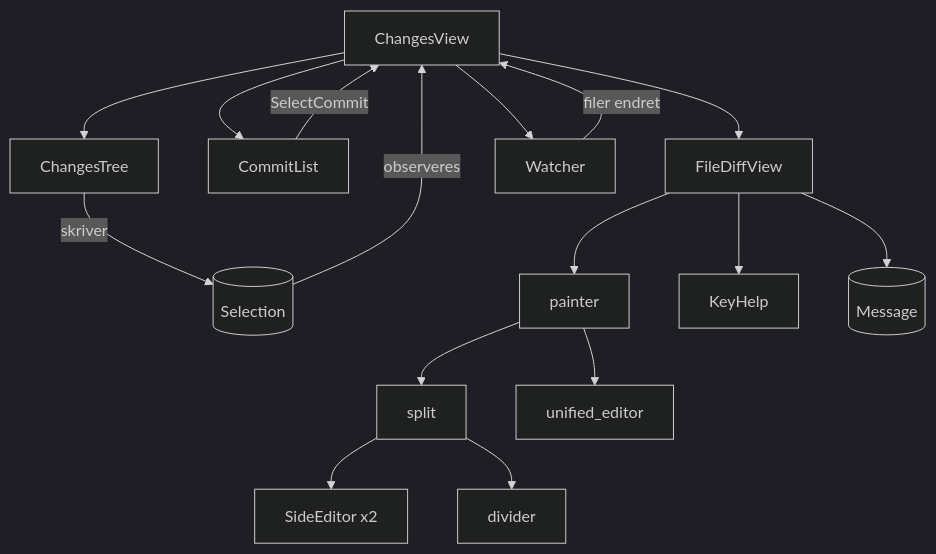
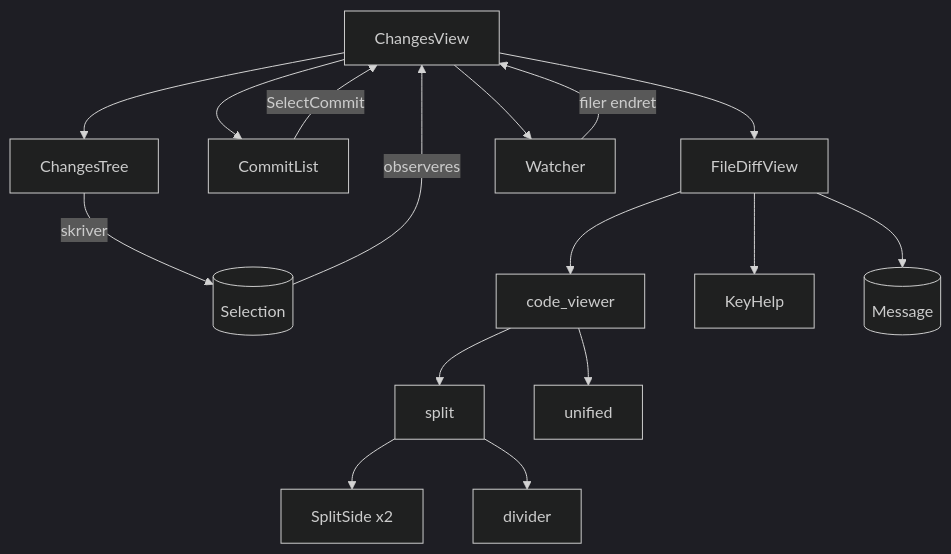
Before and after one commit to akemkers/jetdiff: the diagram in crates/jetdiff-ui/README.md, drawn with Mermaid (dark theme). The commit also changed other lines of this file and 17 other files, not shown here.

First line of the commit message:
Samle kodevisningen i GPUI i code_viewer

````diff
--- a/crates/jetdiff-ui/README.md
+++ b/crates/jetdiff-ui/README.md
@@ -38,18 +38,18 @@
 ```mermaid
 graph TD
     cv[ChangesView] --> tree[ChangesTree]
     cv --> commits[CommitList]
     cv --> fdv[FileDiffView]
     cv --> watcher[Watcher]
     tree -- skriver --> sel[(Selection)]
     sel -- observeres --> cv
     commits -- SelectCommit --> cv
     watcher -- filer endret --> cv
-    fdv --> painter[painter]
-    painter --> split[split]
-    painter --> unified[unified_editor]
-    split --> se[SideEditor x2]
+    fdv --> viewer[code_viewer]
+    viewer --> split[split]
+    viewer --> unified[unified]
+    split --> side[SplitSide x2]
     split --> div[divider]
     fdv --> help[KeyHelp]
     fdv --> msg[(Message)]
 ```
````
